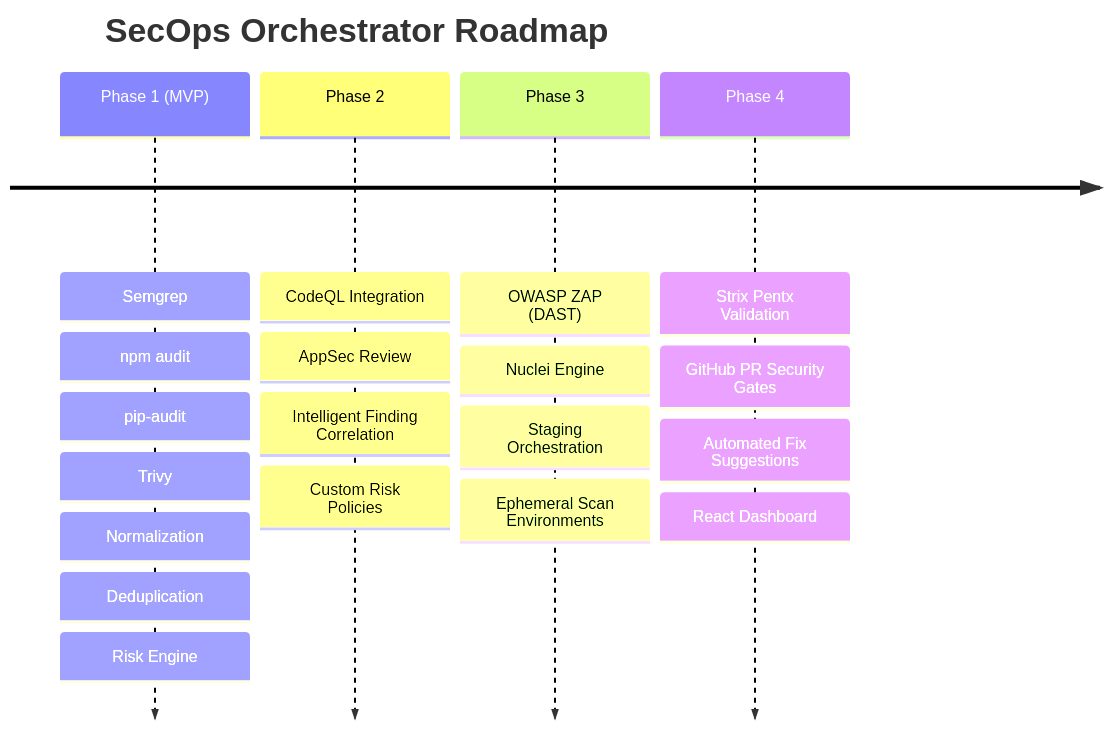
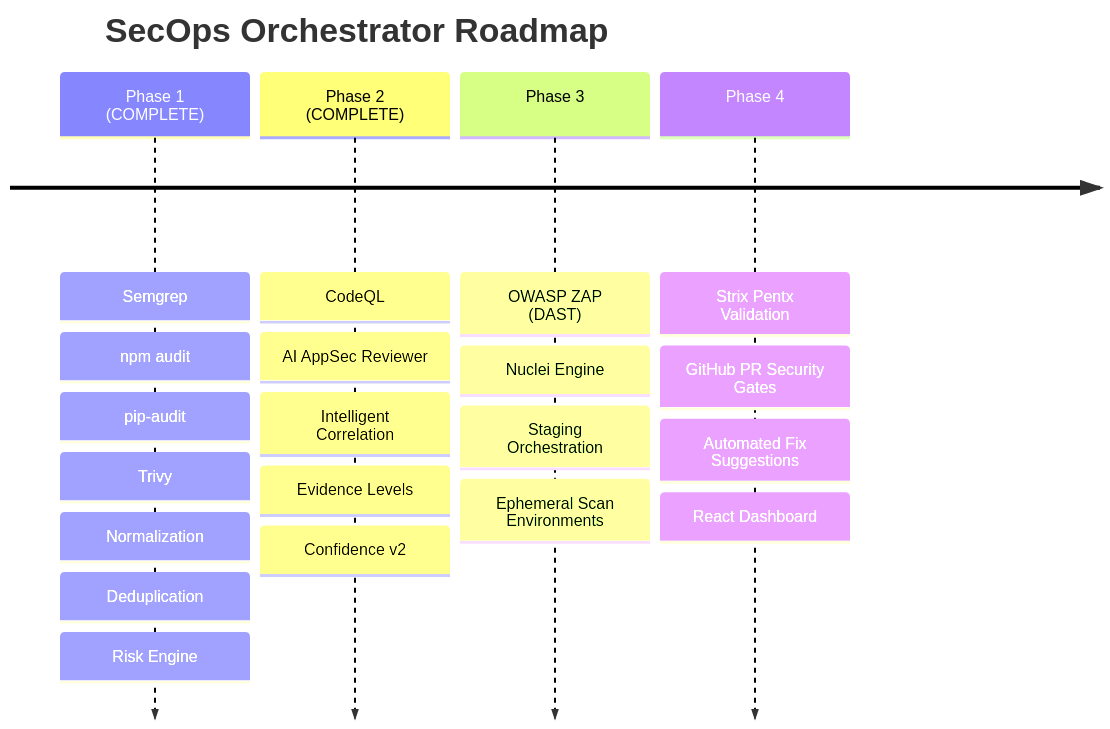
The third of 3 diagrams in README.md (mdigitalbh81/secops-orchestrator), drawn with Mermaid before and after one commit. The commit also changed other lines of this file and 40 other files, not shown here.

Commit message:
feat: implement CodeQL and AppSec correlation Phase 2

````diff
--- a/README.md
+++ b/README.md
@@ -298,8 +324,8 @@
 ```mermaid
 timeline
     title SecOps Orchestrator Roadmap
-    Phase 1 (MVP) : Semgrep : npm audit : pip-audit : Trivy : Normalization : Deduplication : Risk Engine
-    Phase 2 : CodeQL Integration : AppSec Review : Intelligent Finding Correlation : Custom Risk Policies
+    Phase 1 (COMPLETE) : Semgrep : npm audit : pip-audit : Trivy : Normalization : Deduplication : Risk Engine
+    Phase 2 (COMPLETE) : CodeQL : AI AppSec Reviewer : Intelligent Correlation : Evidence Levels : Confidence v2
     Phase 3 : OWASP ZAP (DAST) : Nuclei Engine : Staging Orchestration : Ephemeral Scan Environments
     Phase 4 : Strix Pentx Validation : GitHub PR Security Gates : Automated Fix Suggestions : React Dashboard
 ```
````
